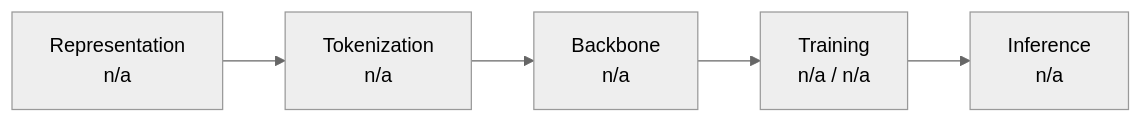
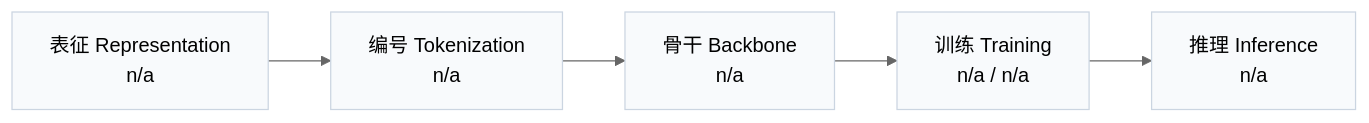
Before and after one commit to Galaxy-ghost/Awesome-SID-Generative-Rec: the first of 2 diagrams in pages/zh/papers/sidscope.md, drawn with Mermaid (neutral theme). The commit also changed other lines of this file and 649 other files, not shown here.

Commit message:
writer-05: also tags and modality index (schema, check, build, visuals); summary field removed; calibration data for 12 papers

````diff
--- a/pages/zh/papers/sidscope.md
+++ b/pages/zh/papers/sidscope.md
@@ -13,4 +15,6 @@
 ```mermaid
 flowchart LR
-    R["Representation<br/>n/a"] --> T["Tokenization<br/>n/a"] --> B["Backbone<br/>n/a"] --> TR["Training<br/>n/a / n/a"] --> I["Inference<br/>n/a"]
+    R["表征 Representation<br/>n/a"] --> T["编号 Tokenization<br/>n/a"] --> B["骨干 Backbone<br/>n/a"] --> TR["训练 Training<br/>n/a / n/a"] --> I["推理 Inference<br/>n/a"]
+    classDef base fill:#f8fafc,stroke:#cbd5e1
+    class R,T,B,TR,I base
 ```
````
